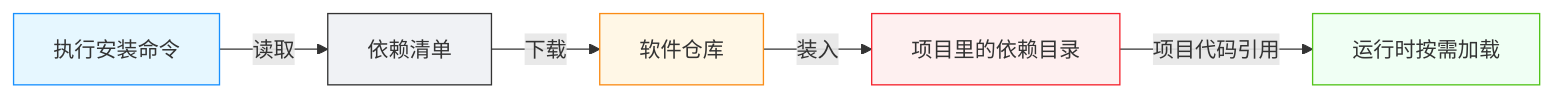
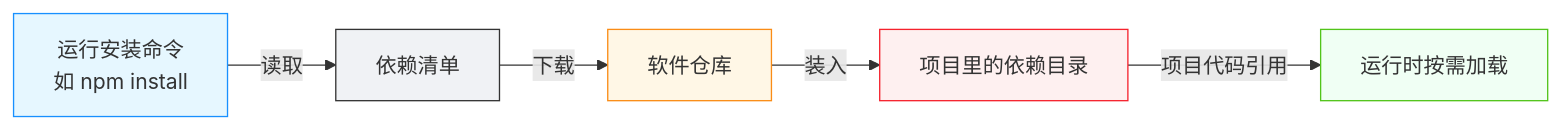
Before and after one commit to Artistzq/under-vibe: the diagram in vitepress/docs/tutorial/01-project-startup/06-dependencies.md, drawn with Mermaid. The commit also changed other lines of this file, not shown here.

````diff
--- a/vitepress/docs/tutorial/01-project-startup/06-dependencies.md
+++ b/vitepress/docs/tutorial/01-project-startup/06-dependencies.md
@@ -65,13 +65,13 @@
 ```mermaid
 graph LR
     classDef u fill:#e6f7ff,stroke:#1890ff
     classDef t fill:#f0f2f5,stroke:#333
     classDef s fill:#fff7e6,stroke:#fa8c16
     classDef k fill:#fef0f0,stroke:#f5222d
     classDef r fill:#f0fff4,stroke:#52c41a
 
-    A[执行安装命令]:::u -->|读取| B[依赖清单]:::t
+    A[运行安装命令<br/>如 npm install]:::u -->|读取| B[依赖清单]:::t
     B -->|下载| C[软件仓库]:::s
     C -->|装入| D[项目里的依赖目录]:::k
     D -->|项目代码引用| E[运行时按需加载]:::r
 ```
````
